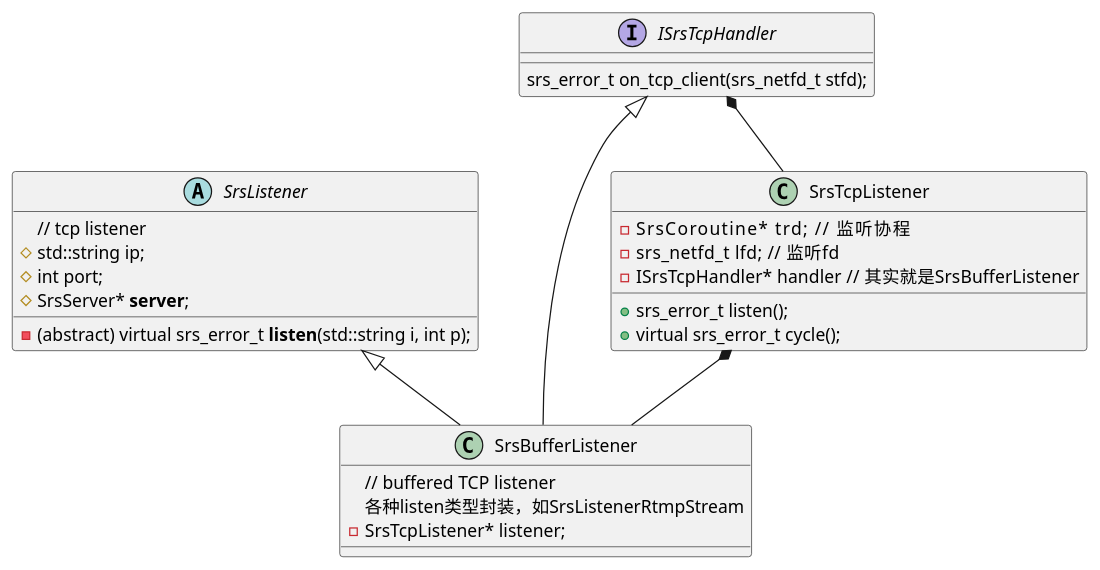
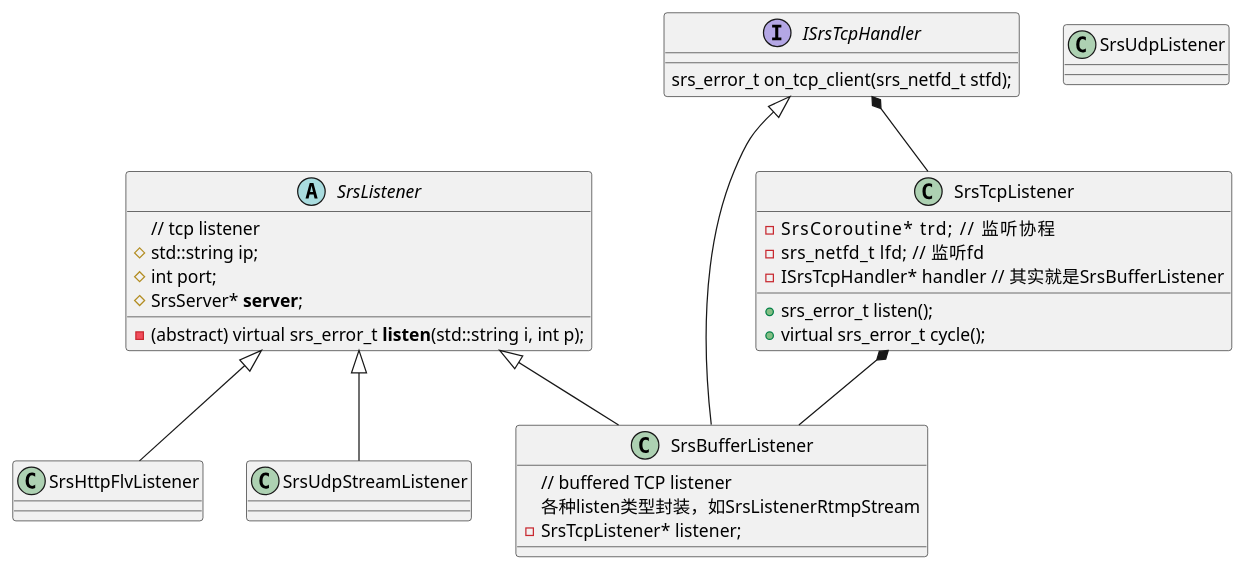
Before and after one commit to hz-fengpeng/doc: the third of 8 diagrams in srs/srs_struct.md, drawn with PlantUML. The commit also changed other lines of this file and 1 other file, not shown here.

````diff
--- a/srs/srs_struct.md
+++ b/srs/srs_struct.md
@@ -171,35 +180,41 @@
 ```plantuml 
 
+SrsListener <|-- SrsHttpFlvListener
+SrsListener <|-- SrsUdpStreamListener
 SrsListener <|-- SrsBufferListener
 ISrsTcpHandler <|-- SrsBufferListener
 ISrsTcpHandler *-- SrsTcpListener
 SrsTcpListener  *-- SrsBufferListener
 
 abstract SrsListener{
     // tcp listener
     - (abstract) virtual srs_error_t **listen**(std::string i, int p);
     # std::string ip;
     # int port;
     # SrsServer* **server**;
 }
 
 interface ISrsTcpHandler{
     srs_error_t on_tcp_client(srs_netfd_t stfd);
 }
 
 class SrsBufferListener{
     // buffered TCP listener
     各种listen类型封装，如SrsListenerRtmpStream
     - SrsTcpListener* listener;
 }
 
 class SrsTcpListener{
     - SrsCoroutine* trd;        // 监听协程
     - srs_netfd_t lfd;   // 监听fd
     -ISrsTcpHandler* handler  // 其实就是SrsBufferListener
     + srs_error_t listen();
     + virtual srs_error_t cycle();
 
 }
 
+class SrsUdpListener{
+
+}
+
 ```
````
